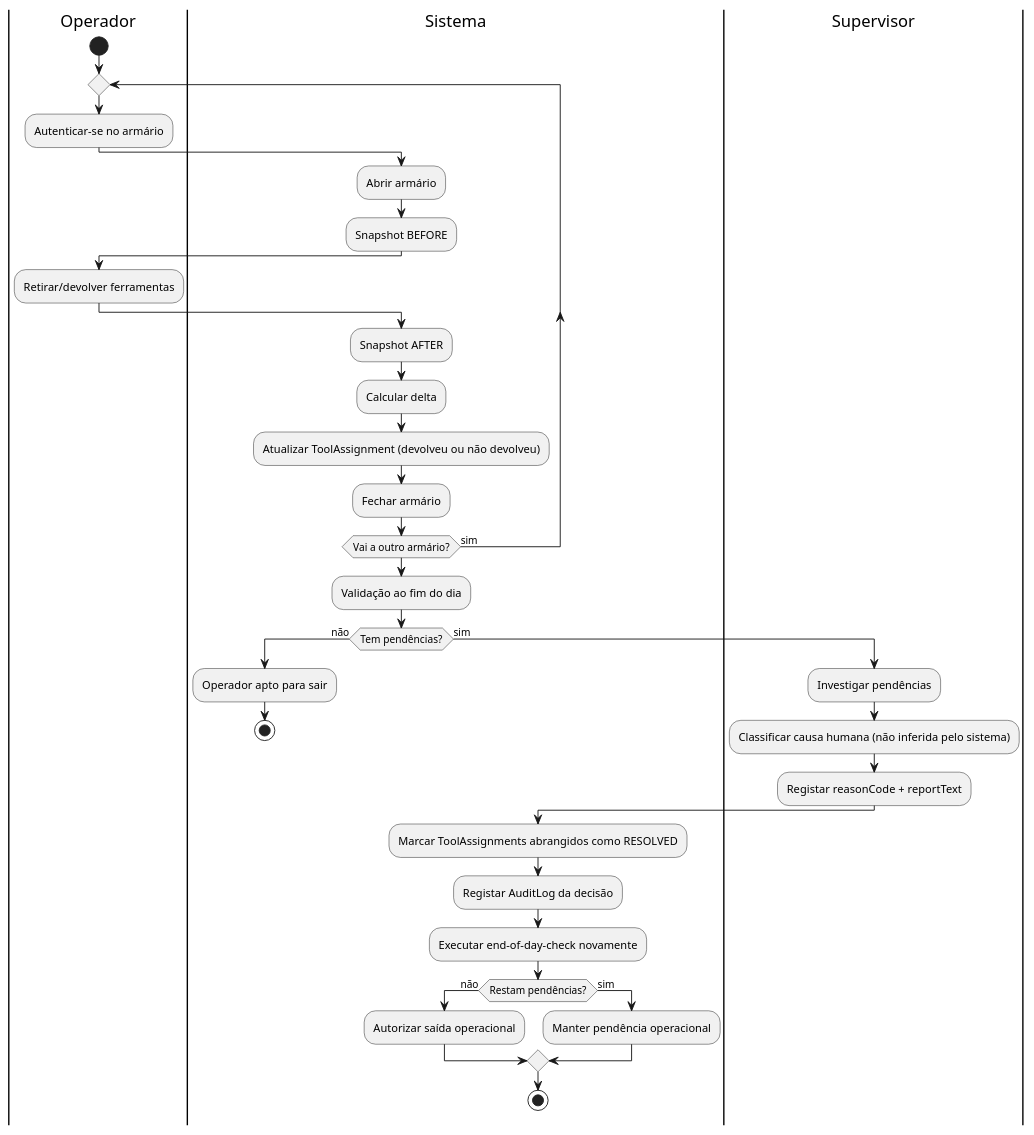
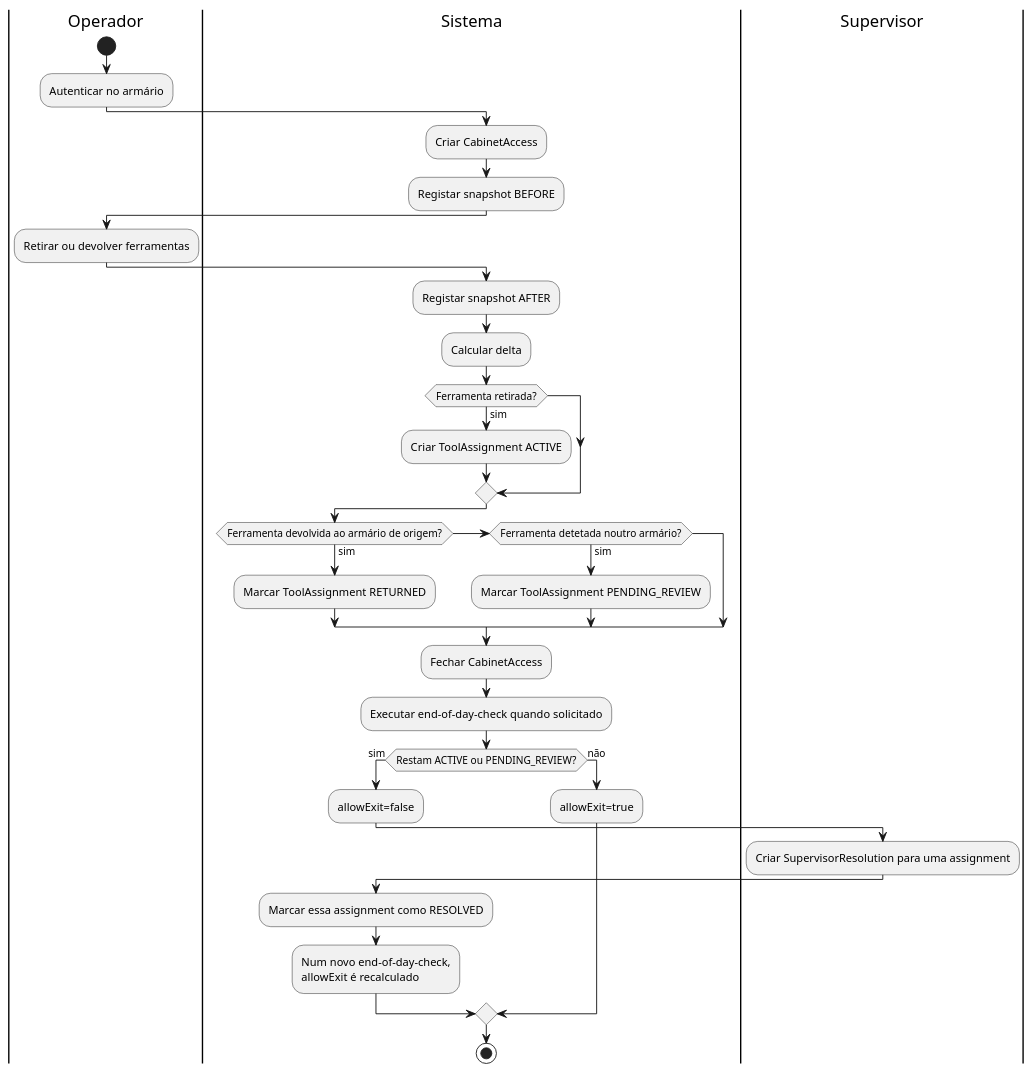
The diagram in docs/diagrams/workflow-operator-day.puml (ricardo-nobre/smart-tool-cabinets-api), drawn with PlantUML before and after one commit. The commit also changed 30 other files, not shown here.

Commit message:
Consolidate single-assignment supervisor resolution and end-of-day rules

```diff
--- a/docs/diagrams/workflow-operator-day.puml
+++ b/docs/diagrams/workflow-operator-day.puml
@@ -1,39 +1,42 @@
 @startuml
 |Operador|
 start
-repeat
-:Autenticar-se no armário;
-|Sistema|
-:Abrir armário;
-:Snapshot BEFORE;
-|Operador|
-:Retirar/devolver ferramentas;
-|Sistema|
-:Snapshot AFTER;
-:Calcular delta;
-:Atualizar ToolAssignment (devolveu ou não devolveu);
-:Fechar armário;
-repeat while (Vai a outro armário?) is (sim)
+:Autenticar no armário;
 
 |Sistema|
-:Validação ao fim do dia;
-if (Tem pendências?) then (não)
-  :Operador apto para sair;
-  stop
-else (sim)
+:Criar CabinetAccess;
+:Registar snapshot BEFORE;
+
+|Operador|
+:Retirar ou devolver ferramentas;
+
+|Sistema|
+:Registar snapshot AFTER;
+:Calcular delta;
+
+if (Ferramenta retirada?) then (sim)
+  :Criar ToolAssignment ACTIVE;
+endif
+
+if (Ferramenta devolvida ao armário de origem?) then (sim)
+  :Marcar ToolAssignment RETURNED;
+elseif (Ferramenta detetada noutro armário?) then (sim)
+  :Marcar ToolAssignment PENDING_REVIEW;
+endif
+
+:Fechar CabinetAccess;
+:Executar end-of-day-check quando solicitado;
+
+if (Restam ACTIVE ou PENDING_REVIEW?) then (sim)
+  :allowExit=false;
   |Supervisor|
-  :Investigar pendências;
-  :Classificar causa humana (não inferida pelo sistema);
-  :Registar reasonCode + reportText;
+  :Criar SupervisorResolution para uma assignment;
   |Sistema|
-  :Marcar ToolAssignments abrangidos como RESOLVED;
-  :Registar AuditLog da decisão;
-  :Executar end-of-day-check novamente;
-  if (Restam pendências?) then (não)
-    :Autorizar saída operacional;
-  else (sim)
-    :Manter pendência operacional;
-  endif
-  stop
+  :Marcar essa assignment como RESOLVED;
+  :Num novo end-of-day-check,\nallowExit é recalculado;
+else (não)
+  :allowExit=true;
 endif
+
+stop
 @enduml
```
